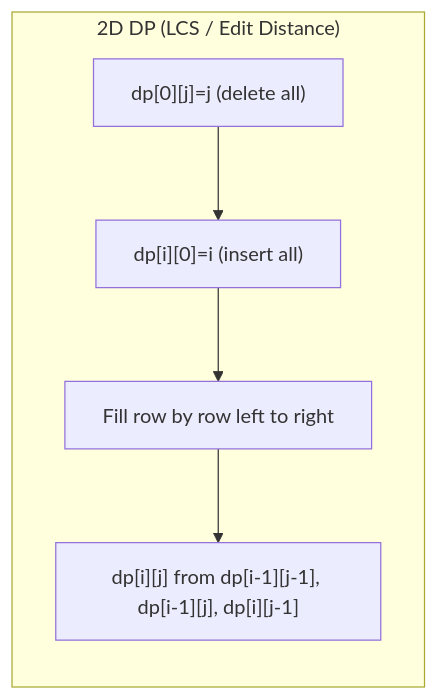
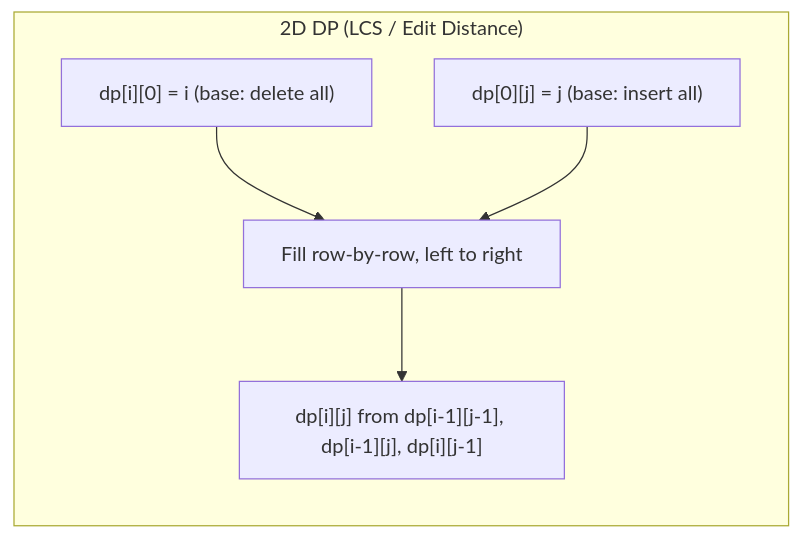
Before and after one commit to ft-abhishekgupta/preparation-notes: the diagram in 01-Coding/DynamicProgramming/DynamicProgramming.md, drawn with Mermaid. The commit also changed other lines of this file and 38 other files, not shown here.

````diff
--- a/01-Coding/DynamicProgramming/DynamicProgramming.md
+++ b/01-Coding/DynamicProgramming/DynamicProgramming.md
@@ -42,8 +302,8 @@
 ```mermaid
 flowchart LR
     subgraph "2D DP (LCS / Edit Distance)"
-        A["dp[0][j]=j (delete all)"] --> B["dp[i][0]=i (insert all)"]
-        B --> C["Fill row by row left to right"]
+        A["dp[i][0] = i (base: delete all)"] --> C["Fill row-by-row, left to right"]
+        B["dp[0][j] = j (base: insert all)"] --> C
         C --> D["dp[i][j] from dp[i-1][j-1], dp[i-1][j], dp[i][j-1]"]
     end
 ```
````
